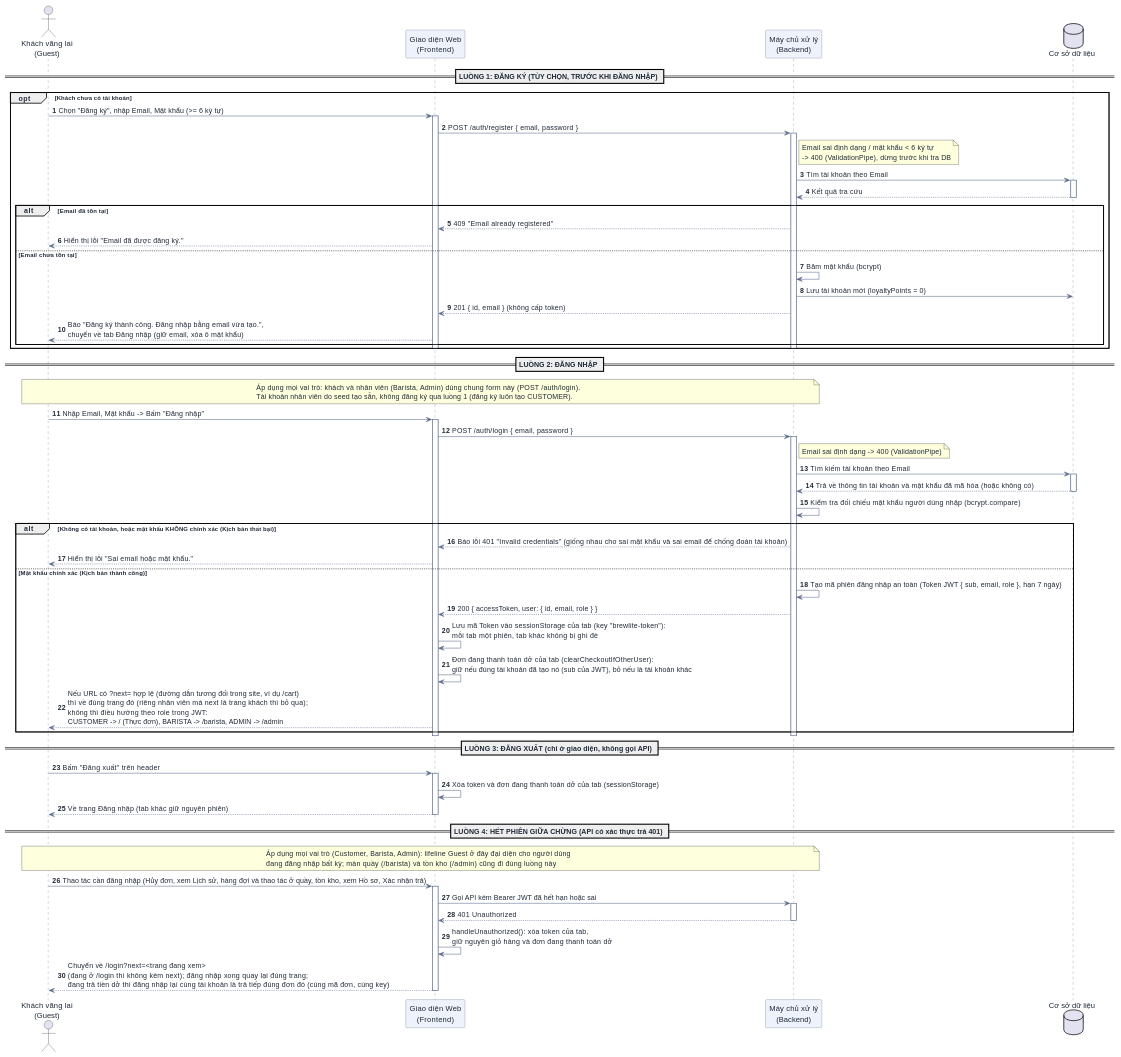
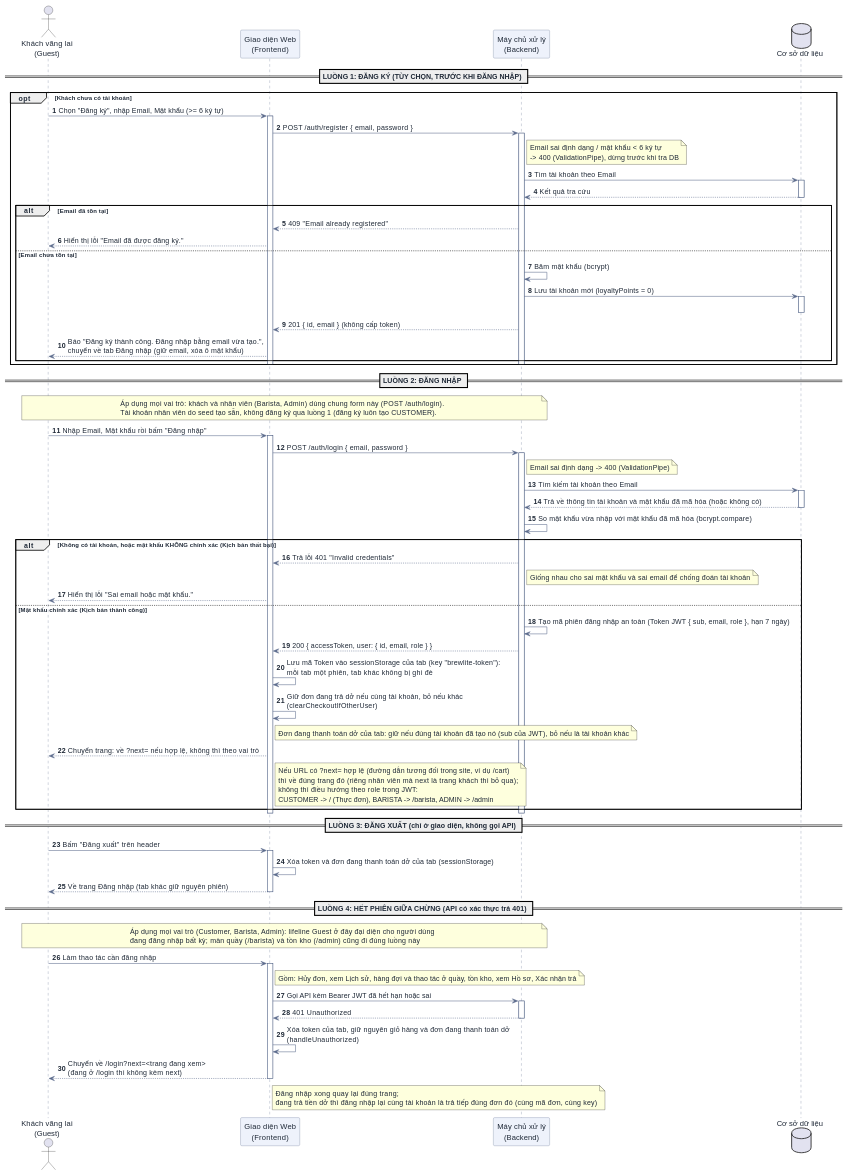
The third of 10 diagrams in docs/user-sequence-specifications.md (DuVinhLoi/BrewLite), drawn with PlantUML before and after one commit. The commit also changed other lines of this file, not shown here.

Commit message:
docs: clarify UC01-UC03 sequence messages and activation

````diff
--- a/docs/user-sequence-specifications.md
+++ b/docs/user-sequence-specifications.md
@@ -289,6 +304,8 @@
     else Email chưa tồn tại
         BE -> BE : Băm mật khẩu (bcrypt)
         BE -> DB : Lưu tài khoản mới (loyaltyPoints = 0)
+        activate DB
+        deactivate DB
         BE --> FE : 201 { id, email } (không cấp token)
         FE --> User : Báo "Đăng ký thành công. Đăng nhập bằng email vừa tạo.",\nchuyển về tab Đăng nhập (giữ email, xóa ô mật khẩu)
     end
@@ -298,7 +315,7 @@
 
 == LUỒNG 2: ĐĂNG NHẬP ==
 note over User, BE : Áp dụng mọi vai trò: khách và nhân viên (Barista, Admin) dùng chung form này (POST /auth/login).\nTài khoản nhân viên do seed tạo sẵn, không đăng ký qua luồng 1 (đăng ký luôn tạo CUSTOMER).
-User -> FE : Nhập Email, Mật khẩu -> Bấm "Đăng nhập"
+User -> FE : Nhập Email, Mật khẩu rồi bấm "Đăng nhập"
 activate FE
 FE -> BE : POST /auth/login { email, password }
 activate BE
@@ -309,17 +326,20 @@
 DB --> BE : Trả về thông tin tài khoản và mật khẩu đã mã hóa (hoặc không có)
 deactivate DB
 
-BE -> BE : Kiểm tra đối chiếu mật khẩu người dùng nhập (bcrypt.compare)
+BE -> BE : So mật khẩu vừa nhập với mật khẩu đã mã hóa (bcrypt.compare)
 
 alt Không có tài khoản, hoặc mật khẩu KHÔNG chính xác (Kịch bản thất bại)
-    BE --> FE : Báo lỗi 401 "Invalid credentials" (giống nhau cho sai mật khẩu và sai email để chống đoán tài khoản)
+    BE --> FE : Trả lỗi 401 "Invalid credentials"
+    note right of BE : Giống nhau cho sai mật khẩu và sai email để chống đoán tài khoản
     FE --> User : Hiển thị lỗi "Sai email hoặc mật khẩu."
 else Mật khẩu chính xác (Kịch bản thành công)
     BE -> BE : Tạo mã phiên đăng nhập an toàn (Token JWT { sub, email, role }, hạn 7 ngày)
     BE --> FE : 200 { accessToken, user: { id, email, role } }
     FE -> FE : Lưu mã Token vào sessionStorage của tab (key "brewlite-token"):\nmỗi tab một phiên, tab khác không bị ghi đè
-    FE -> FE : Đơn đang thanh toán dở của tab (clearCheckoutIfOtherUser):\ngiữ nếu đúng tài khoản đã tạo nó (sub của JWT), bỏ nếu là tài khoản khác
-    FE --> User : Nếu URL có ?next= hợp lệ (đường dẫn tương đối trong site, ví dụ /cart)\nthì về đúng trang đó (riêng nhân viên mà next là trang khách thì bỏ qua);\nkhông thì điều hướng theo role trong JWT:\nCUSTOMER -> / (Thực đơn), BARISTA -> /barista, ADMIN -> /admin
+    FE -> FE : Giữ đơn đang trả dở nếu cùng tài khoản, bỏ nếu khác\n(clearCheckoutIfOtherUser)
+    note right of FE : Đơn đang thanh toán dở của tab: giữ nếu đúng tài khoản đã tạo nó (sub của JWT), bỏ nếu là tài khoản khác
+    FE --> User : Chuyển trang: về ?next= nếu hợp lệ, không thì theo vai trò
+    note right of FE : Nếu URL có ?next= hợp lệ (đường dẫn tương đối trong site, ví dụ /cart)\nthì về đúng trang đó (riêng nhân viên mà next là trang khách thì bỏ qua);\nkhông thì điều hướng theo role trong JWT:\nCUSTOMER -> / (Thực đơn), BARISTA -> /barista, ADMIN -> /admin
 end
 deactivate BE
 deactivate FE
@@ -333,14 +353,16 @@
 
 == LUỒNG 4: HẾT PHIÊN GIỮA CHỪNG (API có xác thực trả 401) ==
 note over User, BE : Áp dụng mọi vai trò (Customer, Barista, Admin): lifeline Guest ở đây đại diện cho người dùng\nđang đăng nhập bất kỳ; màn quầy (/barista) và tồn kho (/admin) cũng đi đúng luồng này
-User -> FE : Thao tác cần đăng nhập (Hủy đơn, xem Lịch sử, hàng đợi và thao tác ở quầy, tồn kho, xem Hồ sơ, Xác nhận trả)
+User -> FE : Làm thao tác cần đăng nhập
 activate FE
+note right of FE : Gồm: Hủy đơn, xem Lịch sử, hàng đợi và thao tác ở quầy, tồn kho, xem Hồ sơ, Xác nhận trả
 FE -> BE : Gọi API kèm Bearer JWT đã hết hạn hoặc sai
 activate BE
 BE --> FE : 401 Unauthorized
 deactivate BE
-FE -> FE : handleUnauthorized(): xóa token của tab,\ngiữ nguyên giỏ hàng và đơn đang thanh toán dở
-FE --> User : Chuyển về /login?next=<trang đang xem>\n(đang ở /login thì không kèm next); đăng nhập xong quay lại đúng trang;\nđang trả tiền dở thì đăng nhập lại cùng tài khoản là trả tiếp đúng đơn đó (cùng mã đơn, cùng key)
+FE -> FE : Xóa token của tab, giữ nguyên giỏ hàng và đơn đang thanh toán dở\n(handleUnauthorized)
+FE --> User : Chuyển về /login?next=<trang đang xem>\n(đang ở /login thì không kèm next)
+note right of FE : Đăng nhập xong quay lại đúng trang;\nđang trả tiền dở thì đăng nhập lại cùng tài khoản là trả tiếp đúng đơn đó (cùng mã đơn, cùng key)
 deactivate FE
 @enduml
 ```
````
